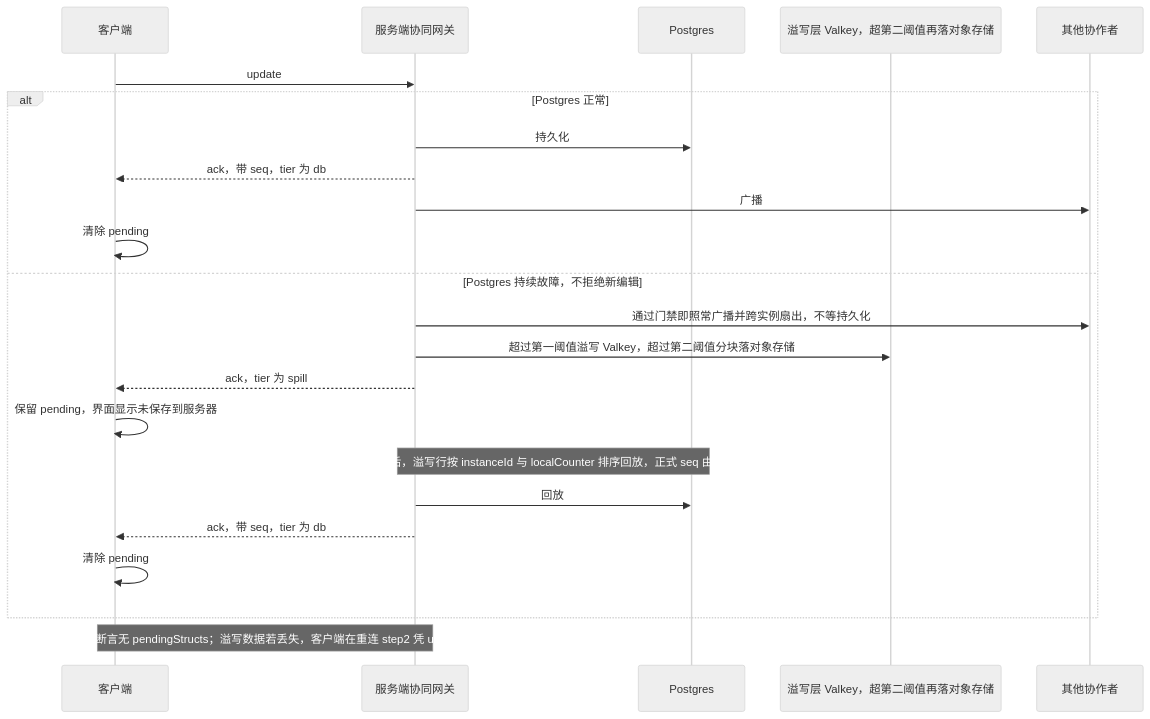
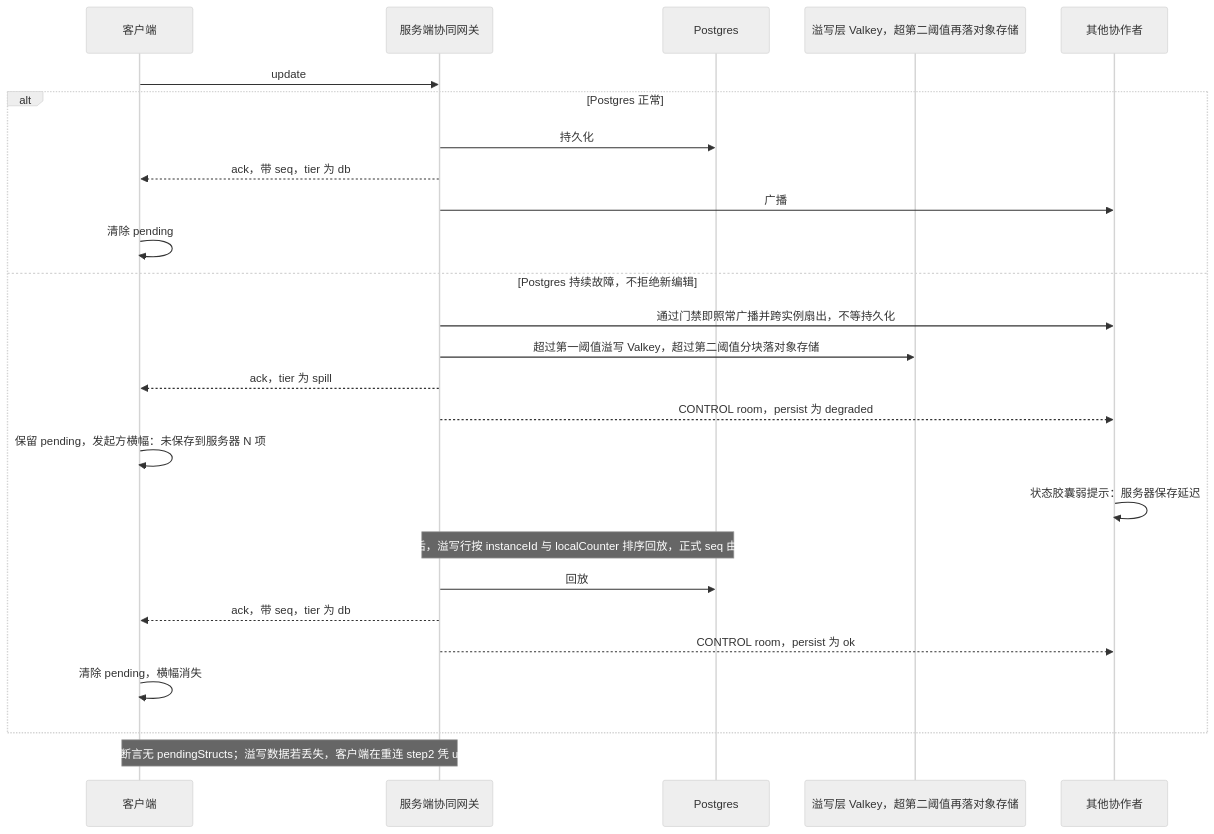
One commit to Xeonice/cordis-ppt-editor changed the eighth of 14 diagrams in docs/10-prd/03-features/06-server-and-ops.md. Above: the diagram before and after it, drawn with Mermaid (neutral theme). The commit also changed other lines of this file and 79 other files, not shown here.

````diff
--- a/docs/10-prd/03-features/06-server-and-ops.md
+++ b/docs/10-prd/03-features/06-server-and-ops.md
@@ -281,25 +283,28 @@
 ```mermaid
 sequenceDiagram
   participant client as 客户端
   participant gw as 服务端协同网关
   participant pg as Postgres
   participant spill as 溢写层 Valkey，超第二阈值再落对象存储
   participant peers as 其他协作者
   client->>gw: update
   alt Postgres 正常
     gw->>pg: 持久化
     gw-->>client: ack，带 seq，tier 为 db
     gw->>peers: 广播
     client->>client: 清除 pending
   else Postgres 持续故障，不拒绝新编辑
     gw->>peers: 通过门禁即照常广播并跨实例扇出，不等持久化
     gw->>spill: 超过第一阈值溢写 Valkey，超过第二阈值分块落对象存储
     gw-->>client: ack，tier 为 spill
-    client->>client: 保留 pending，界面显示未保存到服务器
+    gw-->>peers: CONTROL room，persist 为 degraded
+    client->>client: 保留 pending，发起方横幅：未保存到服务器 N 项
+    peers->>peers: 状态胶囊弱提示：服务器保存延迟
     Note over gw,pg: Postgres 恢复后，溢写行按 instanceId 与 localCounter 排序回放，正式 seq 由 Postgres 分配
     gw->>pg: 回放
     gw-->>client: ack，带 seq，tier 为 db
-    client->>client: 清除 pending
+    gw-->>peers: CONTROL room，persist 为 ok
+    client->>client: 清除 pending，横幅消失
   end
   Note over client,gw: 回放 bootstrap 后断言无 pendingStructs；溢写数据若丢失，客户端在重连 step2 凭 update 幂等性补齐
 ```
````
